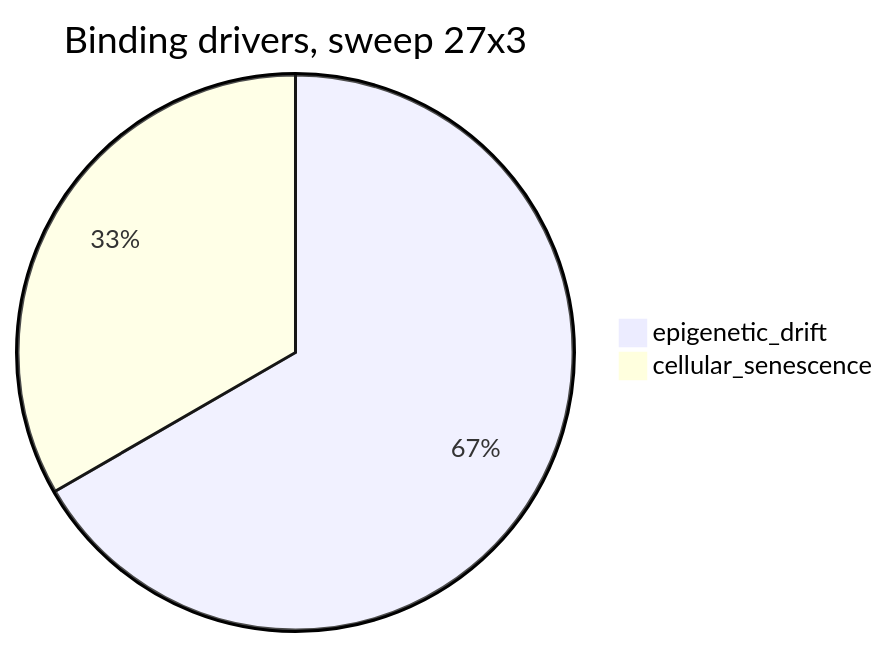
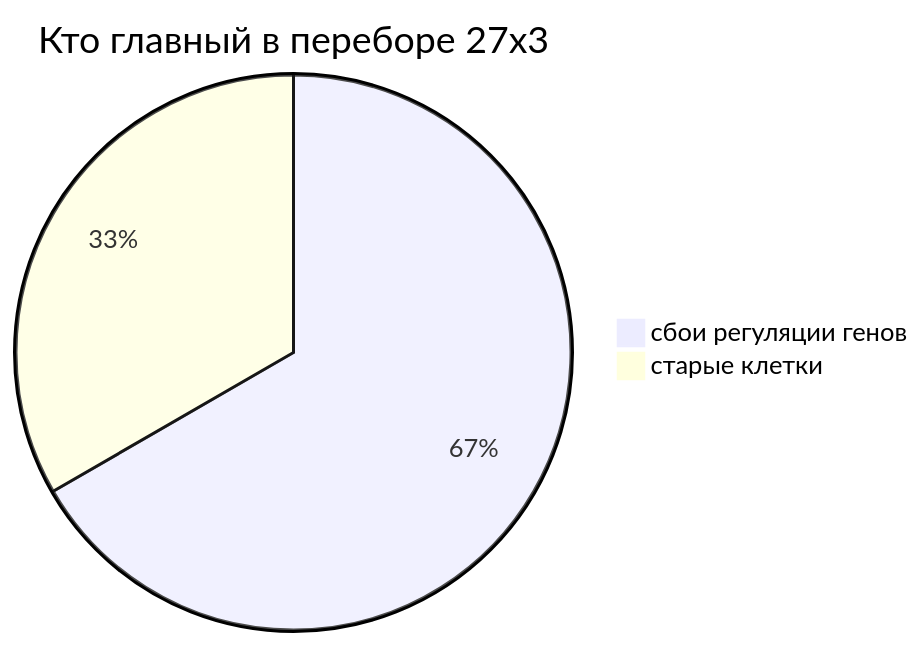
Before and after one commit to VohminV/human-longevity-research: the third of 3 diagrams in PRESENTATION.md, drawn with Mermaid. The commit also changed other lines of this file and 23 other files, not shown here.

````diff
--- a/PRESENTATION.md
+++ b/PRESENTATION.md
@@ -192,5 +206,5 @@
 ```mermaid
-pie title Binding drivers, sweep 27x3
-    "epigenetic_drift" : 18
-    "cellular_senescence" : 9
+pie title Кто главный в переборе 27x3
+    "сбои регуляции генов" : 18
+    "старые клетки" : 9
 ```
````
